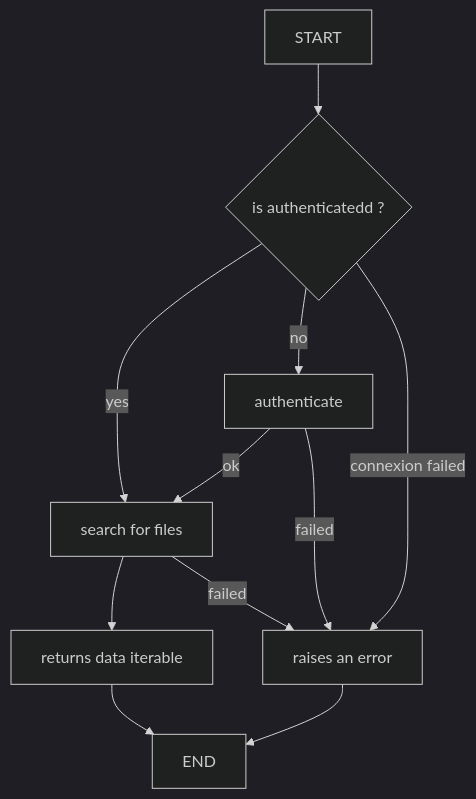
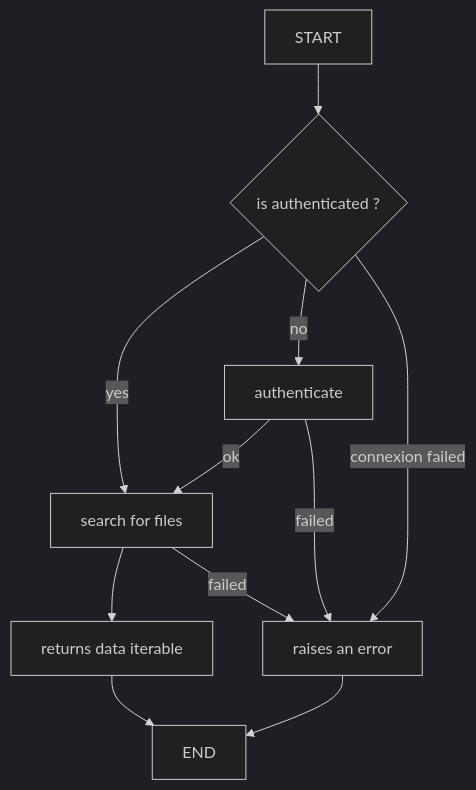
One commit to RS-PYTHON/rs-server changed the diagram in docs/dev/design/services/library/data-retrieval/search-activity.mmd. Above: the diagram before and after it, drawn with Mermaid (dark theme). The commit also changed 10 other files, not shown here.

```diff
--- a/docs/dev/design/services/library/data-retrieval/search-activity.mmd
+++ b/docs/dev/design/services/library/data-retrieval/search-activity.mmd
@@ -1,20 +1,20 @@
 flowchart
 
     START
 
-    check-conn{is authenticatedd ?}
+    check-conn{is authenticated ?}
     authent[authenticate]
     search[search for files]
     returns[returns data iterable]
     ERROR[raises an error]
 
     START --> check-conn
     check-conn -->|yes| search
     check-conn -->|no| authent -->|ok| search
 
     search --> returns --> END
 
     check-conn -->|connexion failed| ERROR
     authent -->|failed| ERROR
     search -->|failed| ERROR
     ERROR --> END
```
